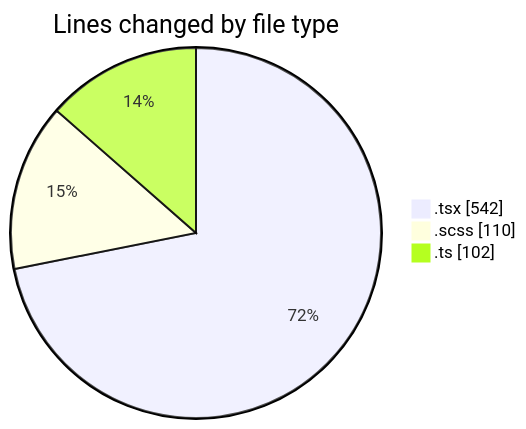
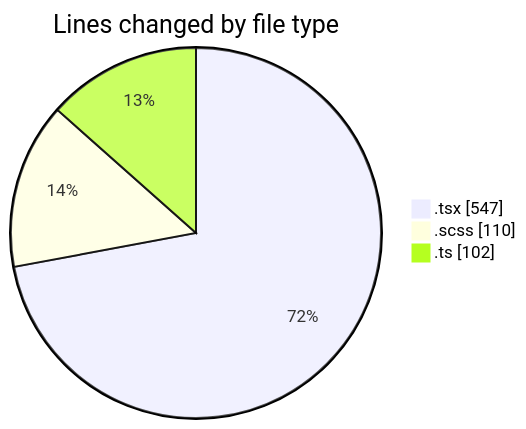
Before and after one commit to momahboobian/code-tracking: the first of 2 diagrams in 2026-11-06/cda/README.md, drawn with Mermaid. The commit also changed other lines of this file and 1 other file, not shown here.

````diff
--- a/2026-11-06/cda/README.md
+++ b/2026-11-06/cda/README.md
@@ -28,7 +28,7 @@
 ```mermaid
 pie showData
 title Lines changed by file type
-".tsx" : 542
+".tsx" : 547
 ".scss" : 110
 ".ts" : 102
 ```
````
